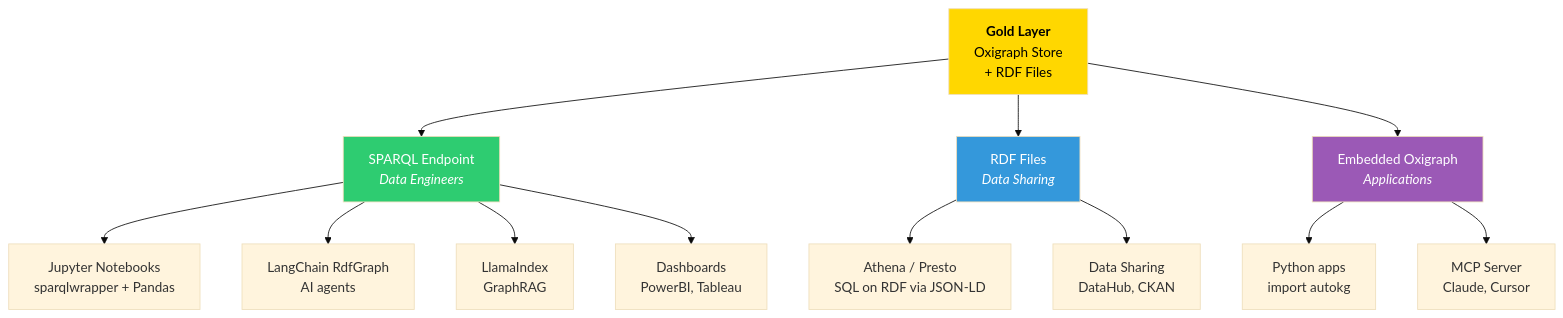
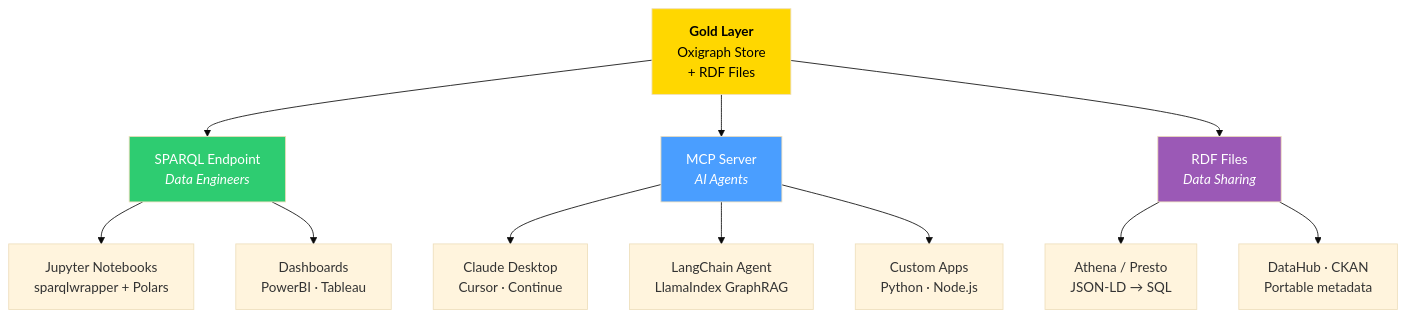
The fifth of 5 diagrams in README.md (kaushikthakur97/autokg), drawn with Mermaid (base theme) before and after one commit. The commit also changed other lines of this file, not shown here.

First line of the commit message:
docs: v0.2.0 README — narrative rewrite with MCP, competitive comparison, 148/148 results

````diff
--- a/README.md
+++ b/README.md
@@ -585,24 +425,23 @@
 ```mermaid
 graph TB
-    GOLD["<b>Gold Layer</b><br/>Oxigraph Store<br/>+ RDF Files"] 
+    GOLD["<b>Gold Layer</b><br/>Oxigraph Store<br/>+ RDF Files"]
     
     GOLD --> API["SPARQL Endpoint<br/><i>Data Engineers</i>"]
+    GOLD --> MCP["MCP Server<br/><i>AI Agents</i>"]
     GOLD --> FILES["RDF Files<br/><i>Data Sharing</i>"]
-    GOLD --> EMBED["Embedded Oxigraph<br/><i>Applications</i>"]
     
-    API --> DE1["Jupyter Notebooks<br/>sparqlwrapper + Pandas"]
-    API --> DE2["LangChain RdfGraph<br/>AI agents"]
-    API --> DE3["LlamaIndex<br/>GraphRAG"]
-    API --> DE4["Dashboards<br/>PowerBI, Tableau"]
+    API --> DE1["Jupyter Notebooks<br/>sparqlwrapper + Polars"]
+    API --> DE2["Dashboards<br/>PowerBI · Tableau"]
     
-    FILES --> DS1["Athena / Presto<br/>SQL on RDF via JSON-LD"]
-    FILES --> DS2["Data Sharing<br/>DataHub, CKAN"]
+    MCP --> AG1["Claude Desktop<br/>Cursor · Continue"]
+    MCP --> AG2["LangChain Agent<br/>LlamaIndex GraphRAG"]
+    MCP --> AG3["Custom Apps<br/>Python · Node.js"]
     
-    EMBED --> APP1["Python apps<br/>import autokg"]
-    EMBED --> APP2["MCP Server<br/>Claude, Cursor"]
+    FILES --> DS1["Athena / Presto<br/>JSON-LD → SQL"]
+    FILES --> DS2["DataHub · CKAN<br/>Portable metadata"]
     
     style GOLD fill:#ffd700,color:#000
     style API fill:#2ecc71,color:#fff
-    style FILES fill:#3498db,color:#fff
-    style EMBED fill:#9b59b6,color:#fff
+    style MCP fill:#4a9eff,color:#fff
+    style FILES fill:#9b59b6,color:#fff
 ```
````
